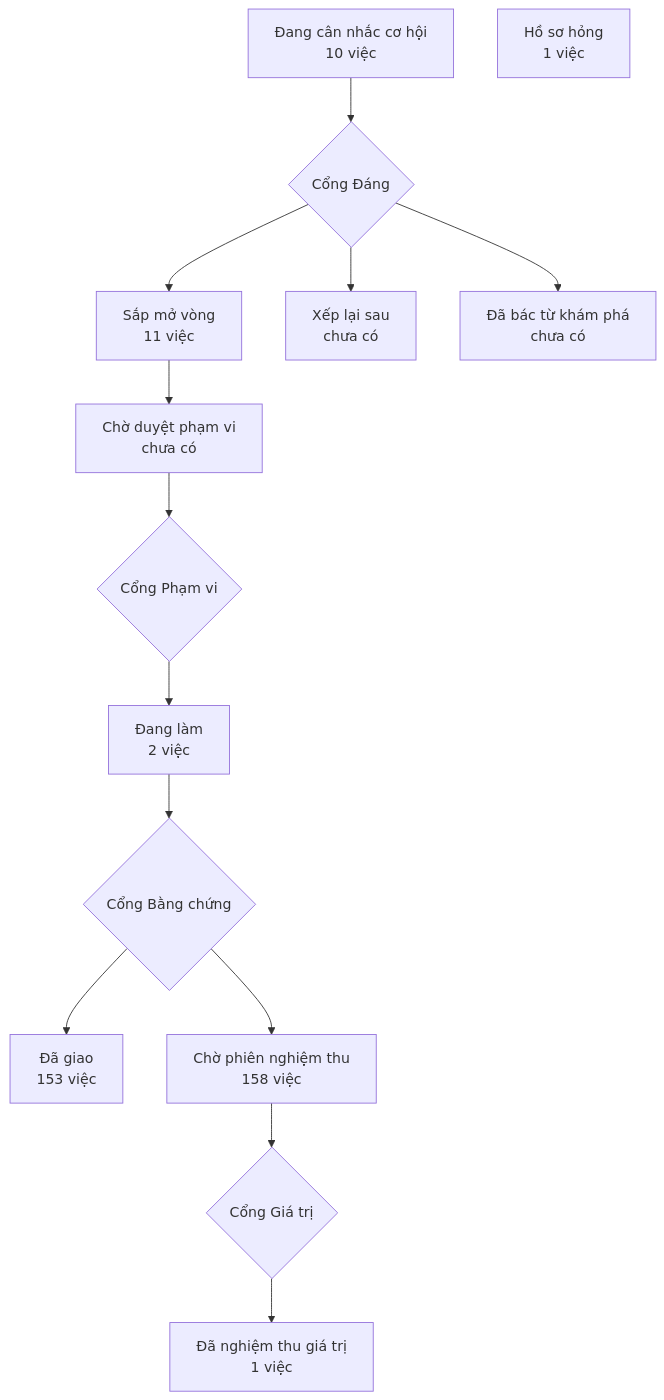
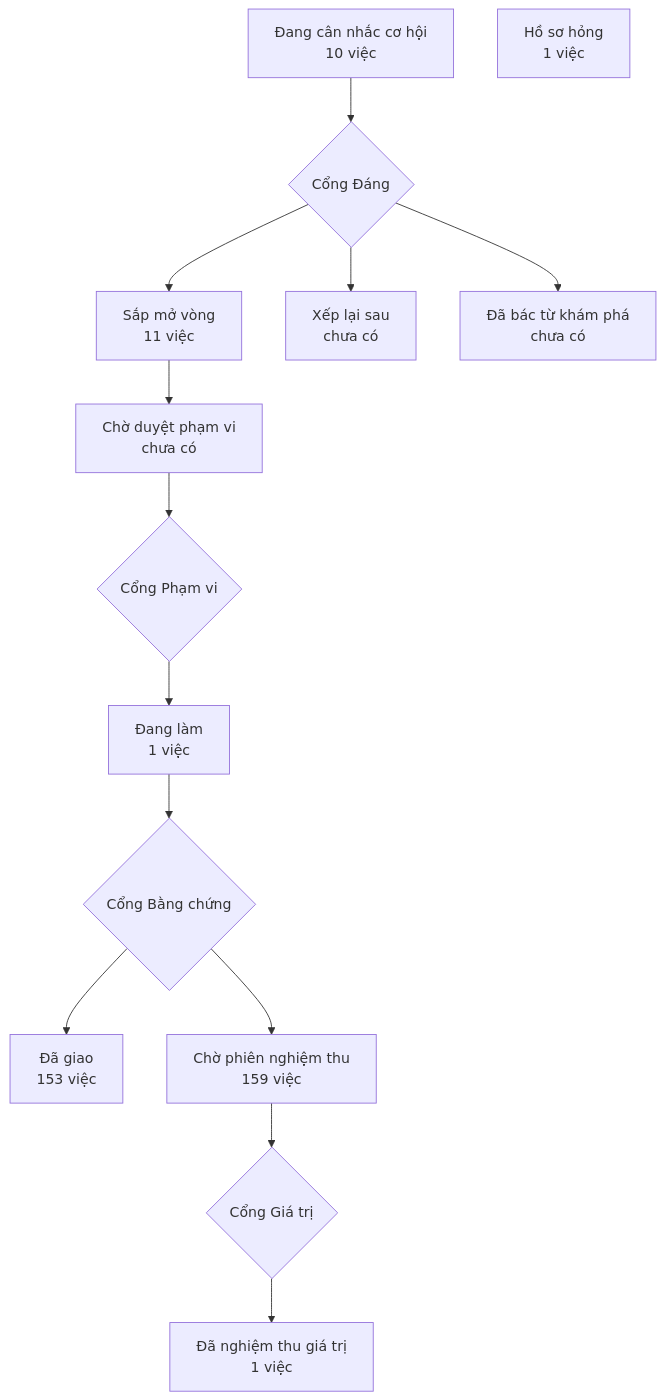
Before and after one commit to phanlemanh/crm-onehub: the diagram in PRODUCT-MAP.md, drawn with Mermaid. The commit also changed 5 other files, not shown here.

````diff
--- a/PRODUCT-MAP.md
+++ b/PRODUCT-MAP.md
@@ -7,13 +7,13 @@
 ```mermaid
 flowchart TD
   A["Đang cân nhắc cơ hội<br/>10 việc"] --> GD{"Cổng Đáng"}
   GD --> B["Sắp mở vòng<br/>11 việc"]
   GD --> XL["Xếp lại sau<br/>chưa có"]
   GD --> DB["Đã bác từ khám phá<br/>chưa có"]
   B --> CD["Chờ duyệt phạm vi<br/>chưa có"] --> GP{"Cổng Phạm vi"}
-  GP --> DL["Đang làm<br/>2 việc"] --> GB{"Cổng Bằng chứng"}
+  GP --> DL["Đang làm<br/>1 việc"] --> GB{"Cổng Bằng chứng"}
   GB --> DG["Đã giao<br/>153 việc"]
-  GB --> CN["Chờ phiên nghiệm thu<br/>158 việc"] --> GG{"Cổng Giá trị"}
+  GB --> CN["Chờ phiên nghiệm thu<br/>159 việc"] --> GG{"Cổng Giá trị"}
   GG --> NT["Đã nghiệm thu giá trị<br/>1 việc"]
   HS["Hồ sơ hỏng<br/>1 việc"]
 ```
````
